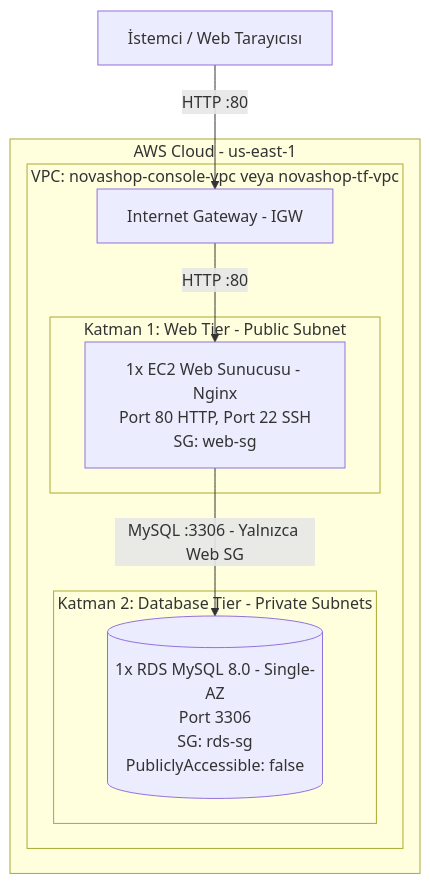
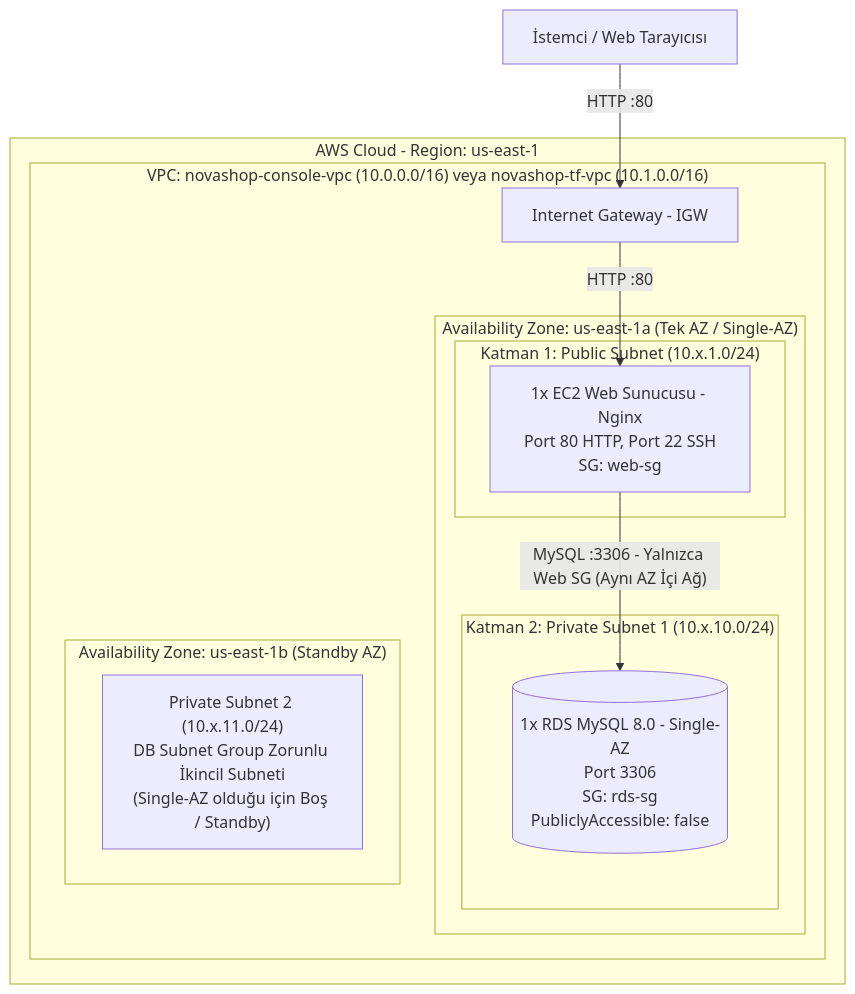
The diagram in labs/LAB-02/README.md (devopsatolyesi-labs/novashop), drawn with Mermaid before and after one commit. The commit also changed 2 other files, not shown here.

Commit message:
fix(lab-02): update architecture diagram to single-AZ with Web and RDS in us-east-1a [skip ci]

````diff
--- a/labs/LAB-02/README.md
+++ b/labs/LAB-02/README.md
@@ -39,20 +39,26 @@
 ```mermaid
 graph TD
     User["İstemci / Web Tarayıcısı"] -->|"HTTP :80"| IGW["Internet Gateway - IGW"]
 
-    subgraph AWS_Cloud ["AWS Cloud - us-east-1"]
-        subgraph VPC_Env ["VPC: novashop-console-vpc veya novashop-tf-vpc"]
+    subgraph AWS_Cloud ["AWS Cloud - Region: us-east-1"]
+        subgraph VPC_Env ["VPC: novashop-console-vpc (10.0.0.0/16) veya novashop-tf-vpc (10.1.0.0/16)"]
             IGW -->|"HTTP :80"| Web
 
-            subgraph Web_Tier ["Katman 1: Web Tier - Public Subnet"]
-                Web["1x EC2 Web Sunucusu - Nginx<br/>Port 80 HTTP, Port 22 SSH<br/>SG: web-sg"]
+            subgraph AZ_1a ["Availability Zone: us-east-1a (Tek AZ / Single-AZ)"]
+                subgraph Web_Tier ["Katman 1: Public Subnet (10.x.1.0/24)"]
+                    Web["1x EC2 Web Sunucusu - Nginx<br/>Port 80 HTTP, Port 22 SSH<br/>SG: web-sg"]
+                end
+
+                subgraph DB_Tier ["Katman 2: Private Subnet 1 (10.x.10.0/24)"]
+                    RDS[("1x RDS MySQL 8.0 - Single-AZ<br/>Port 3306<br/>SG: rds-sg<br/>PubliclyAccessible: false")]
+                end
+
+                Web -->|"MySQL :3306 - Yalnızca Web SG (Aynı AZ İçi Ağ)"| RDS
             end
 
-            subgraph DB_Tier ["Katman 2: Database Tier - Private Subnets"]
-                RDS[("1x RDS MySQL 8.0 - Single-AZ<br/>Port 3306<br/>SG: rds-sg<br/>PubliclyAccessible: false")]
+            subgraph AZ_1b ["Availability Zone: us-east-1b (Standby AZ)"]
+                Subnet2["Private Subnet 2 (10.x.11.0/24)<br/>DB Subnet Group Zorunlu İkincil Subneti<br/>(Single-AZ olduğu için Boş / Standby)"]
             end
-
-            Web -->|"MySQL :3306 - Yalnızca Web SG"| RDS
         end
     end
 ```
````
